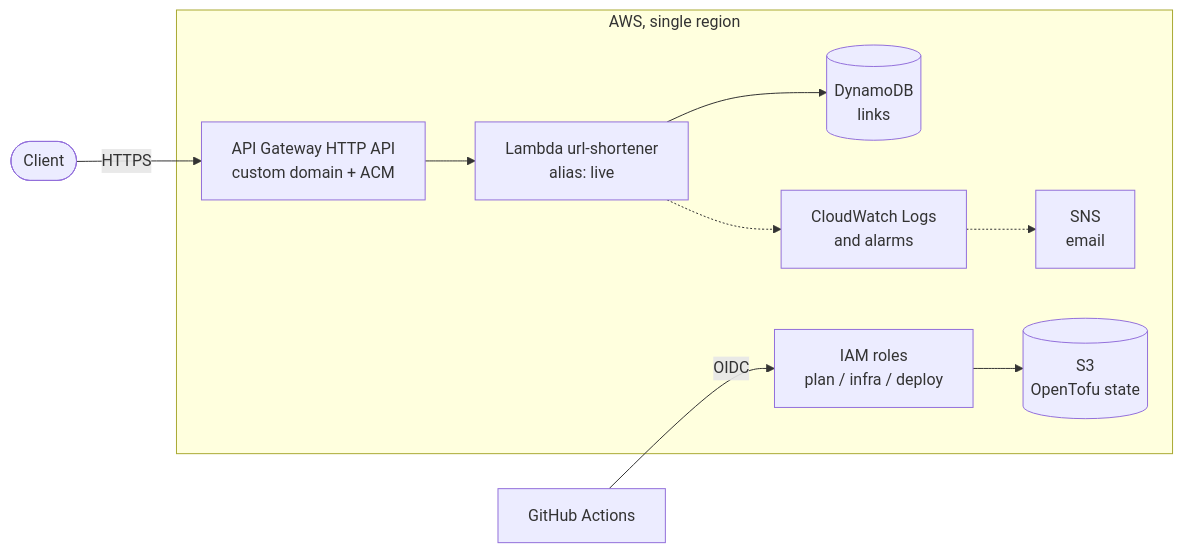
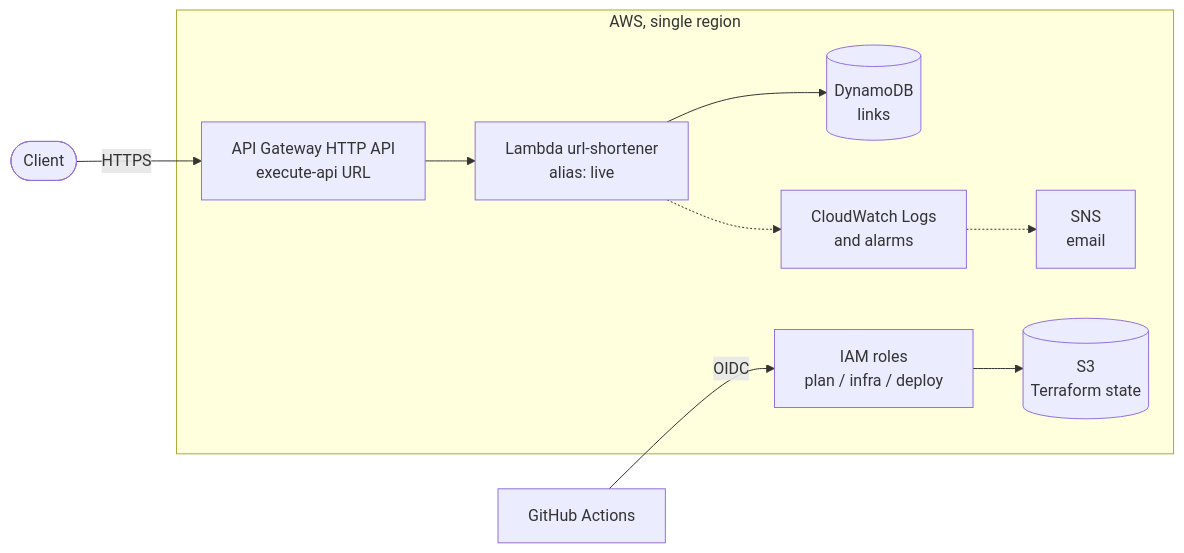
One commit to emaforlin/url-shortener changed the first of 2 diagrams in docs/architecture.md. Above: the diagram before and after it, drawn with Mermaid. The commit also changed other lines of this file and 6 other files, not shown here.

````diff
--- a/docs/architecture.md
+++ b/docs/architecture.md
@@ -34,24 +36,24 @@
 ```mermaid
 flowchart LR
     client([Client])
 
     subgraph aws["AWS, single region"]
-        apigw["API Gateway HTTP API<br/>custom domain + ACM"]
+        apigw["API Gateway HTTP API<br/>execute-api URL"]
         fn["Lambda url-shortener<br/>alias: live"]
         ddb[("DynamoDB<br/>links")]
         logs["CloudWatch Logs<br/>and alarms"]
         sns["SNS<br/>email"]
-        state[("S3<br/>OpenTofu state")]
+        state[("S3<br/>Terraform state")]
         roles["IAM roles<br/>plan / infra / deploy"]
     end
 
     actions["GitHub Actions"]
 
     client -- HTTPS --> apigw
     apigw --> fn
     fn --> ddb
     fn -.-> logs
     logs -.-> sns
     actions -- OIDC --> roles
     roles --> state
 ```
````
